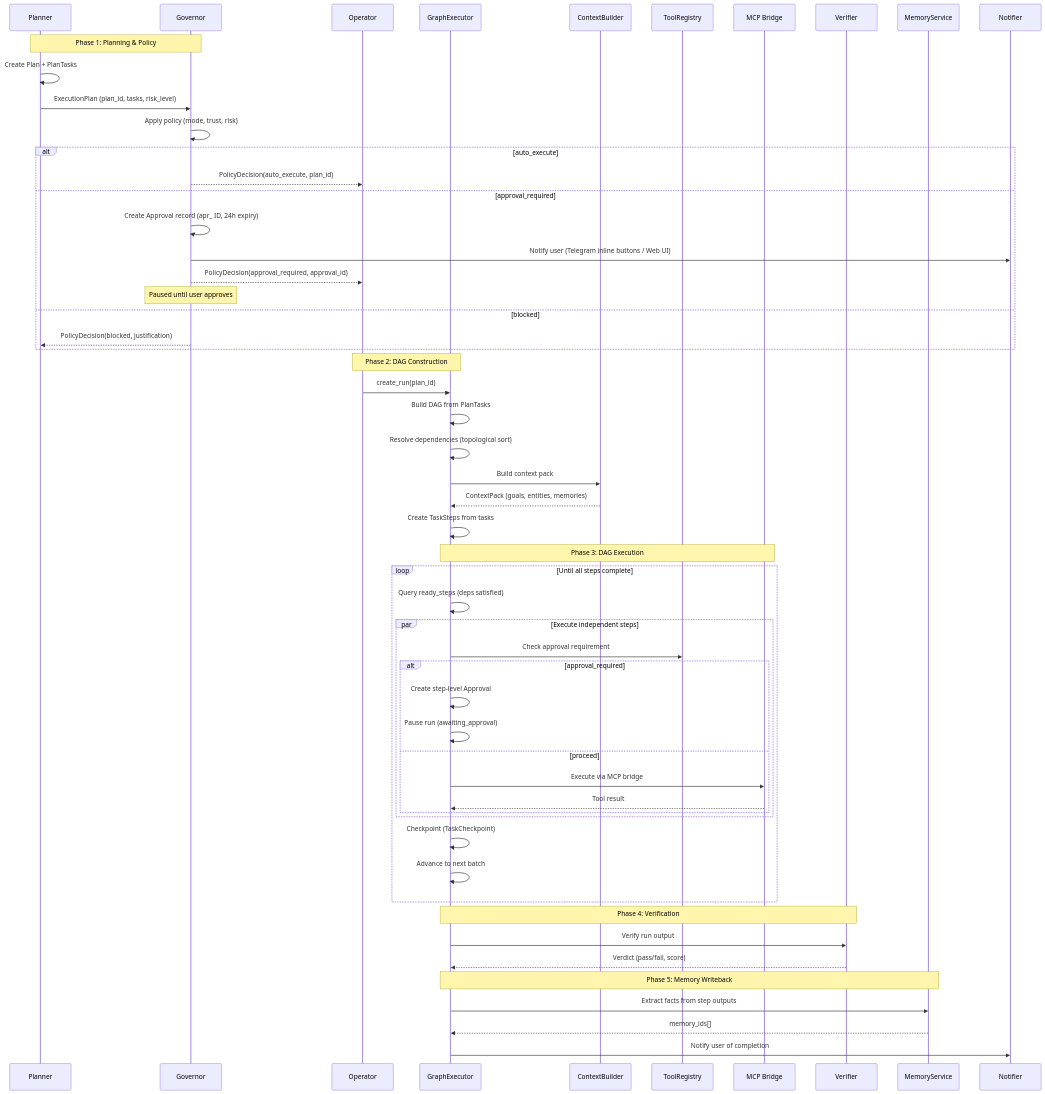
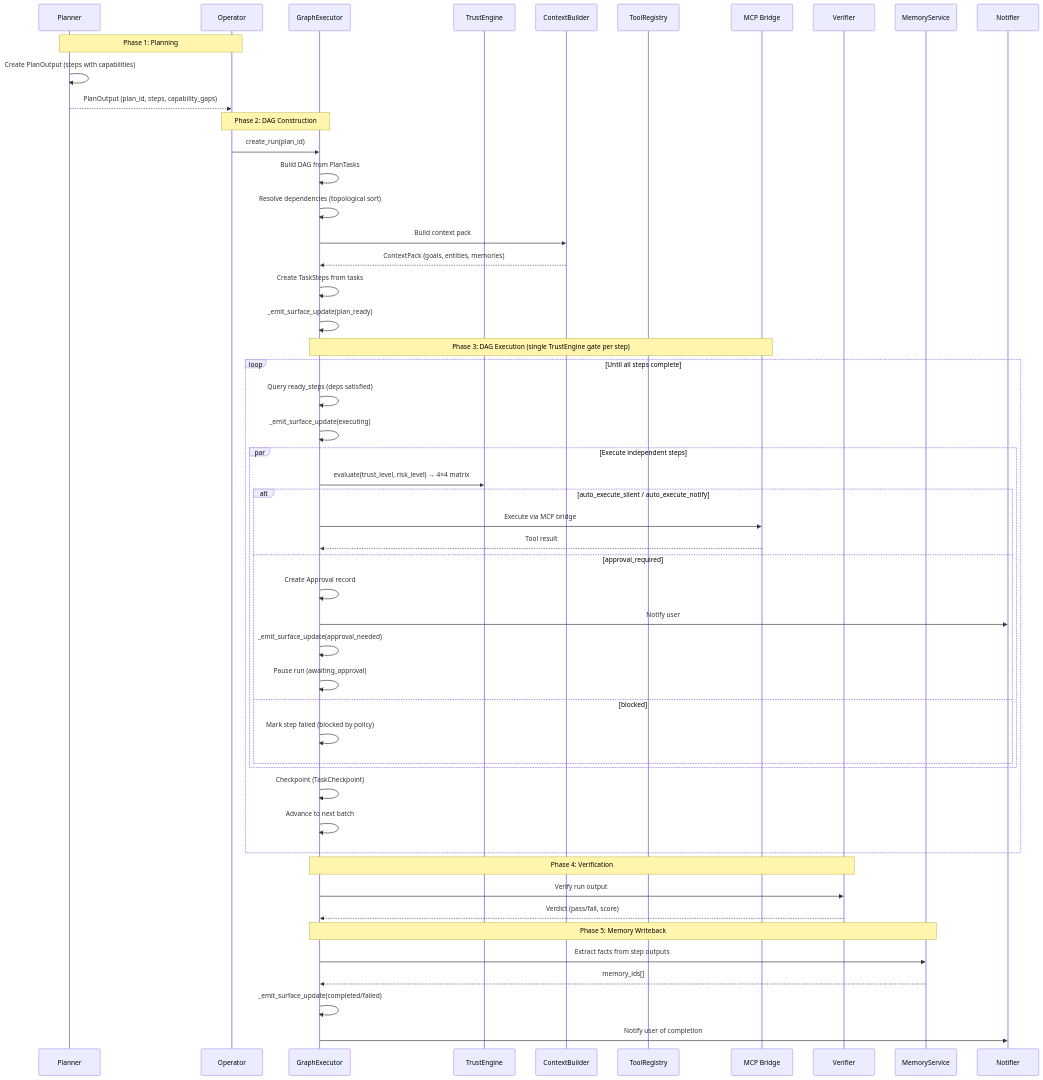
Before and after one commit to shivadharmi/muldro: the first of 3 diagrams in docs/architecture/execution.md, drawn with Mermaid. The commit also changed other lines of this file and 11 other files, not shown here.

First line of the commit message:
docs: update all architecture docs and README for post-15-spec redesign

````diff
--- a/docs/architecture/execution.md
+++ b/docs/architecture/execution.md
@@ -5,66 +5,61 @@
 ```mermaid
 sequenceDiagram
     participant PL as Planner
-    participant GOV as Governor
     participant OP as Operator
     participant GE as GraphExecutor
+    participant TE as TrustEngine
     participant CB as ContextBuilder
     participant TR as ToolRegistry
     participant MCP as MCP Bridge
     participant VER as Verifier
     participant MS as MemoryService
     participant NT as Notifier
 
-    Note over PL,GOV: Phase 1: Planning & Policy
-    PL->>PL: Create Plan + PlanTasks
-    PL->>GOV: ExecutionPlan (plan_id, tasks, risk_level)
-    GOV->>GOV: Apply policy (mode, trust, risk)
-
-    alt auto_execute
-        GOV-->>OP: PolicyDecision(auto_execute, plan_id)
-    else approval_required
-        GOV->>GOV: Create Approval record (apr_ ID, 24h expiry)
-        GOV->>NT: Notify user (Telegram inline buttons / Web UI)
-        GOV-->>OP: PolicyDecision(approval_required, approval_id)
-        Note over GOV: Paused until user approves
-    else blocked
-        GOV-->>PL: PolicyDecision(blocked, justification)
-    end
+    Note over PL,OP: Phase 1: Planning
+    PL->>PL: Create PlanOutput (steps with capabilities)
+    PL-->>OP: PlanOutput (plan_id, steps, capability_gaps)
 
     Note over OP,GE: Phase 2: DAG Construction
     OP->>GE: create_run(plan_id)
     GE->>GE: Build DAG from PlanTasks
     GE->>GE: Resolve dependencies (topological sort)
     GE->>CB: Build context pack
     CB-->>GE: ContextPack (goals, entities, memories)
     GE->>GE: Create TaskSteps from tasks
+    GE->>GE: _emit_surface_update(plan_ready)
 
-    Note over GE,MCP: Phase 3: DAG Execution
+    Note over GE,MCP: Phase 3: DAG Execution (single TrustEngine gate per step)
     loop Until all steps complete
         GE->>GE: Query ready_steps (deps satisfied)
+        GE->>GE: _emit_surface_update(executing)
 
         par Execute independent steps
-            GE->>TR: Check approval requirement
-            alt approval_required
-                GE->>GE: Create step-level Approval
-                GE->>GE: Pause run (awaiting_approval)
-            else proceed
+            GE->>TE: evaluate(trust_level, risk_level) → 4×4 matrix
+            alt auto_execute_silent / auto_execute_notify
                 GE->>MCP: Execute via MCP bridge
                 MCP-->>GE: Tool result
+            else approval_required
+                GE->>GE: Create Approval record
+                GE->>NT: Notify user
+                GE->>GE: _emit_surface_update(approval_needed)
+                GE->>GE: Pause run (awaiting_approval)
+            else blocked
+                GE->>GE: Mark step failed (blocked by policy)
             end
         end
 
         GE->>GE: Checkpoint (TaskCheckpoint)
         GE->>GE: Advance to next batch
     end
 
     Note over GE,VER: Phase 4: Verification
     GE->>VER: Verify run output
     VER-->>GE: Verdict (pass/fail, score)
 
     Note over GE,MS: Phase 5: Memory Writeback
     GE->>MS: Extract facts from step outputs
     MS-->>GE: memory_ids[]
 
+    GE->>GE: _emit_surface_update(completed/failed)
     GE->>NT: Notify user of completion
 ```
````
